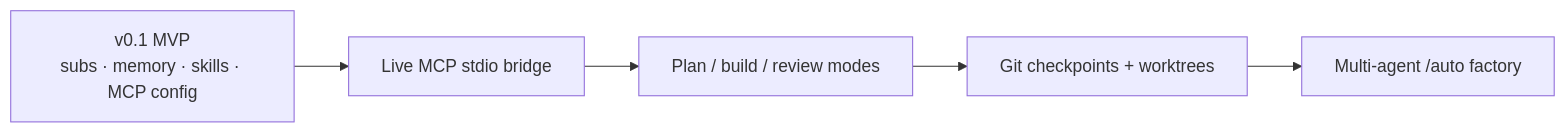
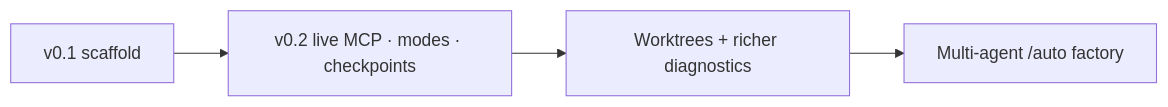
Before and after one commit to ccoussa717/alloy: the sixth of 6 diagrams in README.md, drawn with Mermaid. The commit also changed other lines of this file and 17 other files, not shown here.

First line of the commit message:
v0.2: live MCP bridge, modes, and git checkpoints.

````diff
--- a/README.md
+++ b/README.md
@@ -382,9 +391,8 @@
 ```mermaid
 flowchart LR
-  MVP["v0.1 MVP<br/>subs · memory · skills · MCP config"]
-  B1["Live MCP stdio bridge"]
-  B2["Plan / build / review modes"]
-  B3["Git checkpoints + worktrees"]
+  V01["v0.1 scaffold"]
+  V02["v0.2 live MCP · modes · checkpoints"]
+  B3["Worktrees + richer diagnostics"]
   B4["Multi-agent /auto factory"]
-  MVP --> B1 --> B2 --> B3 --> B4
+  V01 --> V02 --> B3 --> B4
 ```
````
